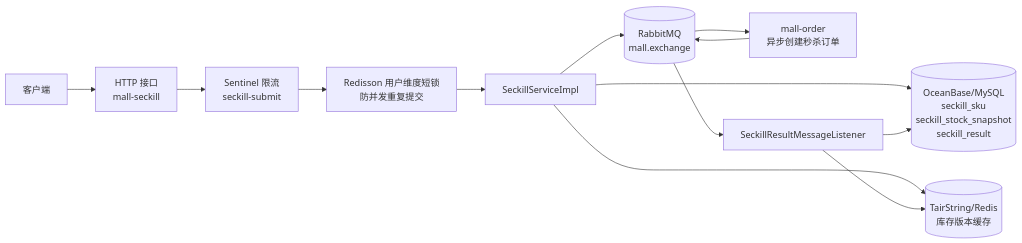
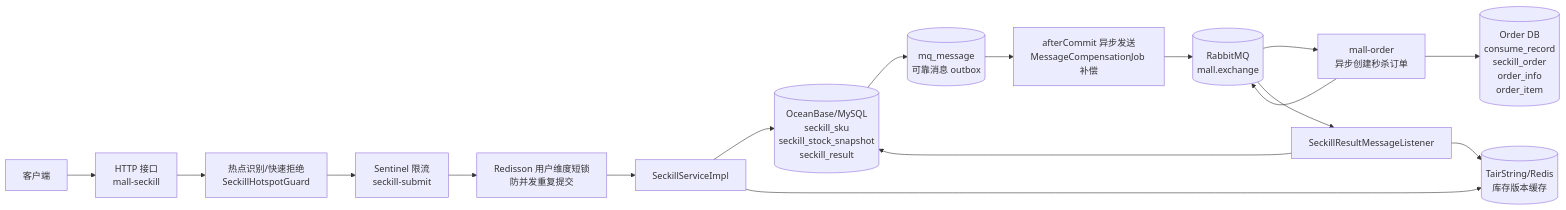
One commit to fenglingyidong/mall changed the first of 6 diagrams in docs/seckill-current-architecture-flow.md. Above: the diagram before and after it, drawn with Mermaid. The commit also changed other lines of this file and 40 other files, not shown here.

````diff
--- a/docs/seckill-current-architecture-flow.md
+++ b/docs/seckill-current-architecture-flow.md
@@ -35,26 +37,34 @@
 ```mermaid
 flowchart LR
     Client[客户端]
     Gateway[HTTP 接口<br/>mall-seckill]
+    Hotspot[热点识别/快速拒绝<br/>SeckillHotspotGuard]
     Sentinel[Sentinel 限流<br/>seckill-submit]
     Redisson[Redisson 用户维度短锁<br/>防并发重复提交]
     SeckillSvc[SeckillServiceImpl]
     OB[(OceanBase/MySQL<br/>seckill_sku<br/>seckill_stock_snapshot<br/>seckill_result)]
+    Outbox[(mq_message<br/>可靠消息 outbox)]
+    Dispatcher[afterCommit 异步发送<br/>MessageCompensationJob 补偿]
     Tair[(TairString/Redis<br/>库存版本缓存)]
     MQ[(RabbitMQ<br/>mall.exchange)]
     OrderSvc[mall-order<br/>异步创建秒杀订单]
+    OrderDB[(Order DB<br/>consume_record<br/>seckill_order<br/>order_info<br/>order_item)]
     ResultListener[SeckillResultMessageListener]
 
     Client --> Gateway
-    Gateway --> Sentinel
+    Gateway --> Hotspot
+    Hotspot --> Sentinel
     Sentinel --> Redisson
     Redisson --> SeckillSvc
     SeckillSvc --> OB
+    OB --> Outbox
+    Outbox --> Dispatcher
+    Dispatcher --> MQ
     SeckillSvc --> Tair
-    SeckillSvc --> MQ
     MQ --> OrderSvc
+    OrderSvc --> OrderDB
     OrderSvc --> MQ
     MQ --> ResultListener
     ResultListener --> OB
     ResultListener --> Tair
 ```
````
